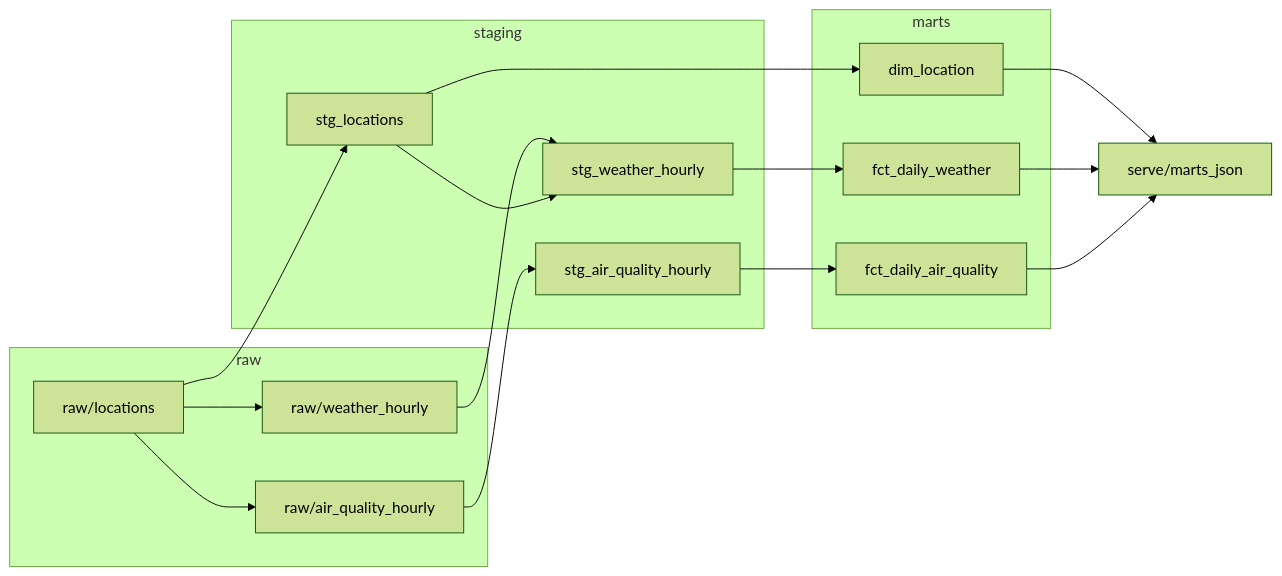
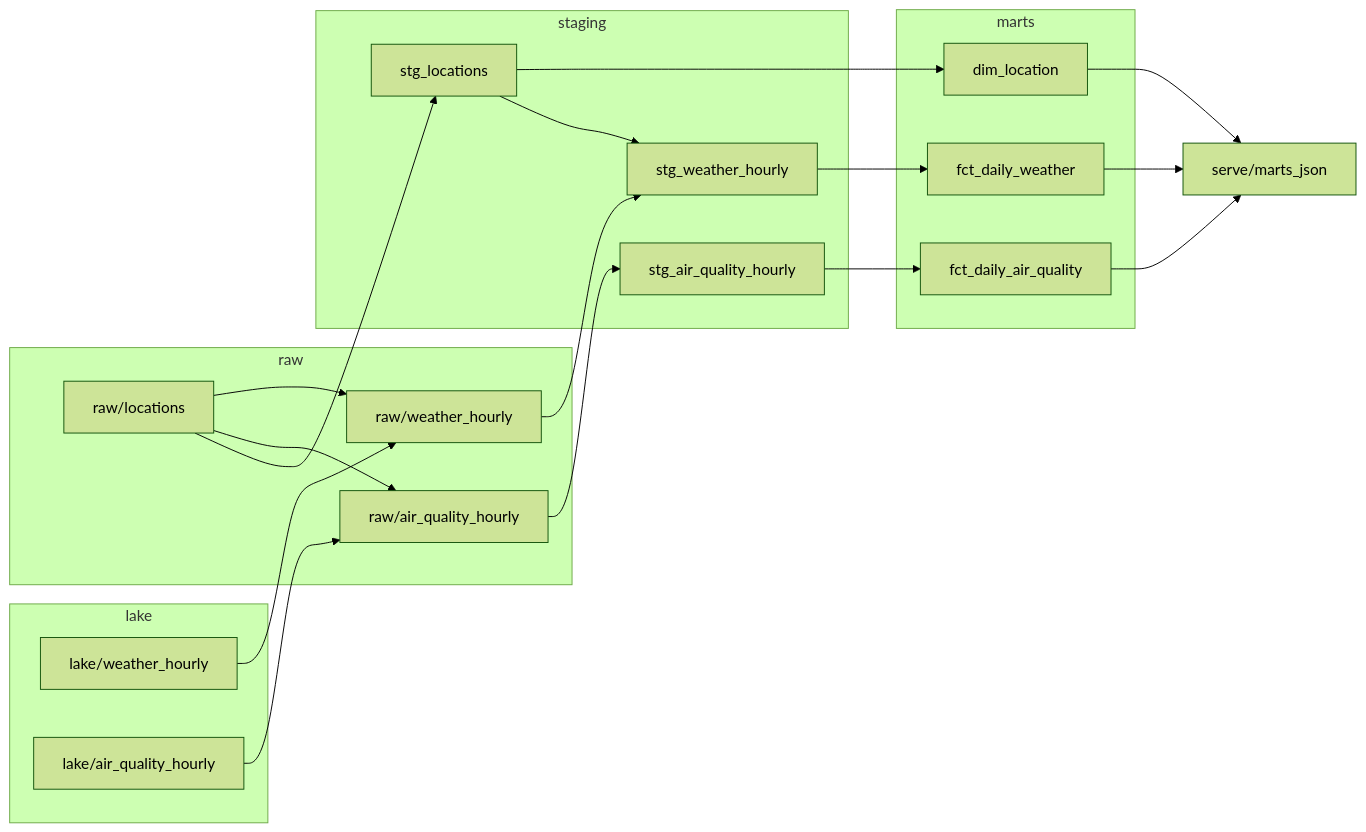
Before and after one commit to tomtessondev/antilles-data-pipeline: the diagram in README.md, drawn with Mermaid (forest theme). The commit also changed other lines of this file and 5 other files, not shown here.

````diff
--- a/README.md
+++ b/README.md
@@ -39,24 +40,30 @@
 ```mermaid
 flowchart LR
+  subgraph lake
+    lw[lake/weather_hourly]
+    la[lake/air_quality_hourly]
+  end
+  lw --> weather
+  la --> air
   subgraph raw
     locations[raw/locations]
     weather[raw/weather_hourly]
     air[raw/air_quality_hourly]
   end
   subgraph staging
     stg_loc[stg_locations]
     stg_w[stg_weather_hourly]
     stg_a[stg_air_quality_hourly]
   end
   subgraph marts
     dim[dim_location]
     fw[fct_daily_weather]
     fa[fct_daily_air_quality]
   end
   locations --> weather & air
   locations --> stg_loc --> dim
   weather --> stg_w --> fw
   stg_loc --> stg_w
   air --> stg_a --> fa
   dim & fw & fa --> json[serve/marts_json]
 ```
````
